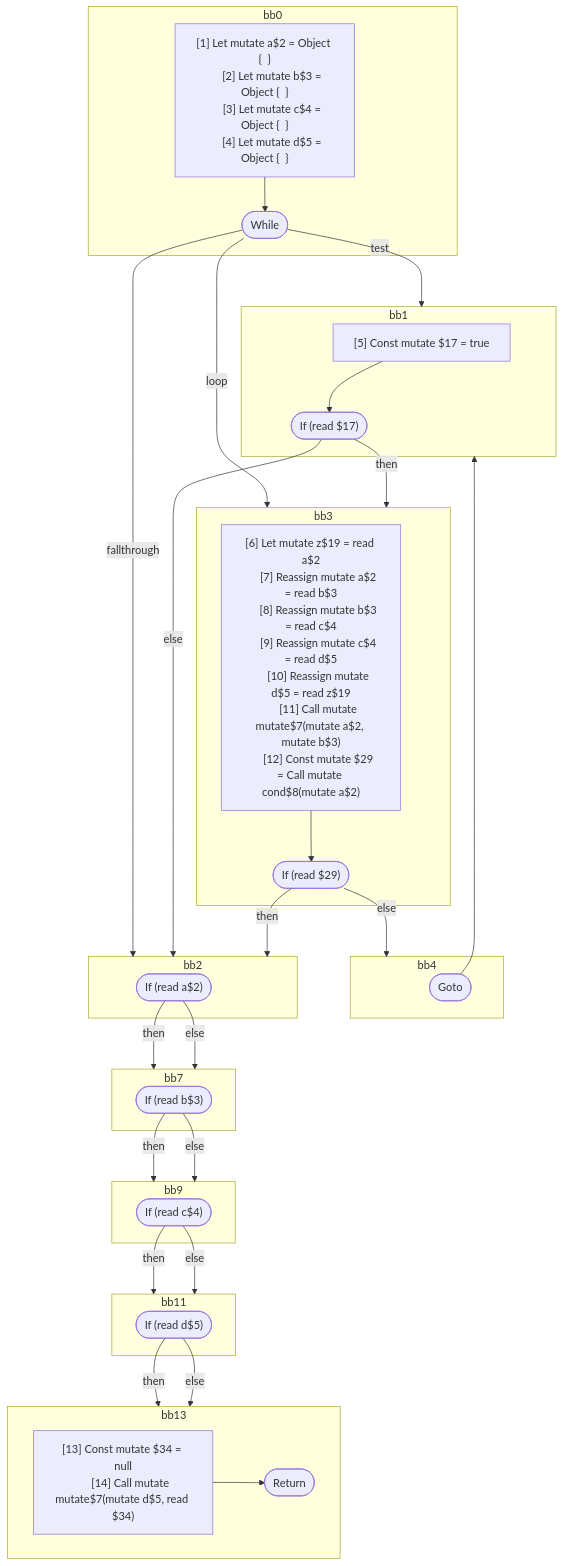
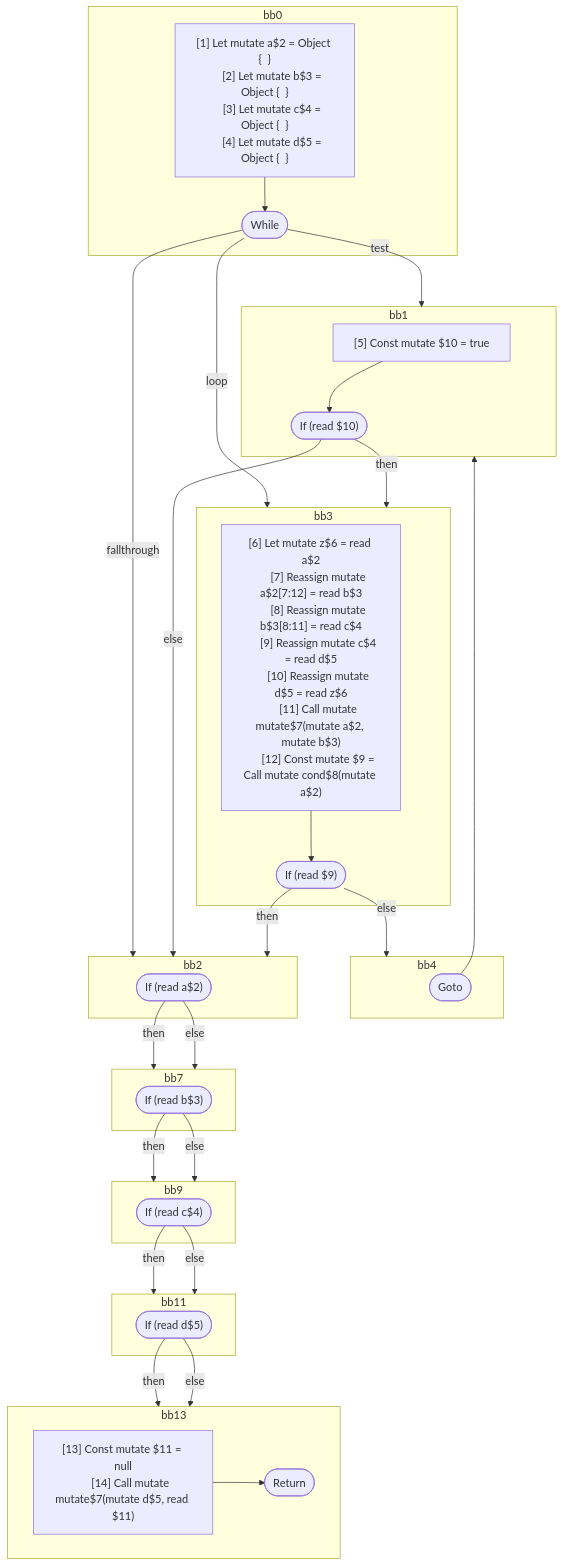
The third of 3 diagrams in compiler/forget/src/__tests__/fixtures/hir/mutable-lifetime-loops.expect.md (wutsmog/private), drawn with Mermaid before and after one commit. The commit also changed other lines of this file and 57 other files, not shown here.

````diff
--- a/compiler/forget/src/__tests__/fixtures/hir/mutable-lifetime-loops.expect.md
+++ b/compiler/forget/src/__tests__/fixtures/hir/mutable-lifetime-loops.expect.md
@@ -145,72 +145,72 @@
 ```mermaid
 flowchart TB
   %% Basic Blocks
   subgraph bb0
     bb0_instrs["
       [1] Let mutate a$2 = Object {  }
       [2] Let mutate b$3 = Object {  }
       [3] Let mutate c$4 = Object {  }
       [4] Let mutate d$5 = Object {  }
     "]
     bb0_instrs --> bb0_terminal(["While"])
   end
   subgraph bb1
     bb1_instrs["
-      [5] Const mutate $17 = true
+      [5] Const mutate $10 = true
     "]
-    bb1_instrs --> bb1_terminal(["If (read $17)"])
+    bb1_instrs --> bb1_terminal(["If (read $10)"])
   end
   subgraph bb3
     bb3_instrs["
-      [6] Let mutate z$19 = read a$2
-      [7] Reassign mutate a$2 = read b$3
-      [8] Reassign mutate b$3 = read c$4
+      [6] Let mutate z$6 = read a$2
+      [7] Reassign mutate a$2[7:12] = read b$3
+      [8] Reassign mutate b$3[8:11] = read c$4
       [9] Reassign mutate c$4 = read d$5
-      [10] Reassign mutate d$5 = read z$19
+      [10] Reassign mutate d$5 = read z$6
       [11] Call mutate mutate$7(mutate a$2, mutate b$3)
-      [12] Const mutate $29 = Call mutate cond$8(mutate a$2)
+      [12] Const mutate $9 = Call mutate cond$8(mutate a$2)
     "]
-    bb3_instrs --> bb3_terminal(["If (read $29)"])
+    bb3_instrs --> bb3_terminal(["If (read $9)"])
   end
   subgraph bb4
     bb4_terminal(["Goto"])
   end
   subgraph bb2
     bb2_terminal(["If (read a$2)"])
   end
   subgraph bb7
     bb7_terminal(["If (read b$3)"])
   end
   subgraph bb9
     bb9_terminal(["If (read c$4)"])
   end
   subgraph bb11
     bb11_terminal(["If (read d$5)"])
   end
   subgraph bb13
     bb13_instrs["
-      [13] Const mutate $34 = null
-      [14] Call mutate mutate$7(mutate d$5, read $34)
+      [13] Const mutate $11 = null
+      [14] Call mutate mutate$7(mutate d$5, read $11)
     "]
     bb13_instrs --> bb13_terminal(["Return"])
   end
 
   %% Jumps
   bb0_terminal -- test --> bb1
   bb0_terminal -- loop --> bb3
   bb0_terminal -- fallthrough --> bb2
   bb1_terminal -- then --> bb3
   bb1_terminal -- else --> bb2
   bb3_terminal -- then --> bb2
   bb3_terminal -- else --> bb4
   bb4_terminal --> bb1
   bb2_terminal -- then --> bb7
   bb2_terminal -- else --> bb7
   bb7_terminal -- then --> bb9
   bb7_terminal -- else --> bb9
   bb9_terminal -- then --> bb11
   bb9_terminal -- else --> bb11
   bb11_terminal -- then --> bb13
   bb11_terminal -- else --> bb13
 
 ```
````
